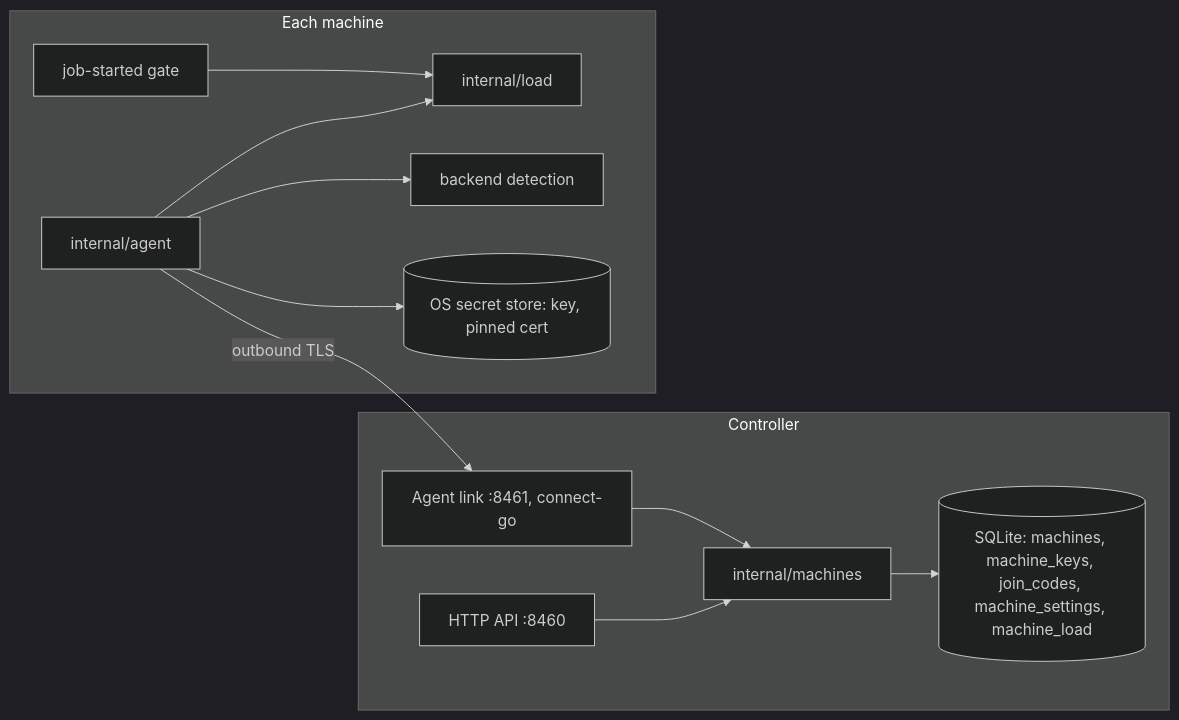
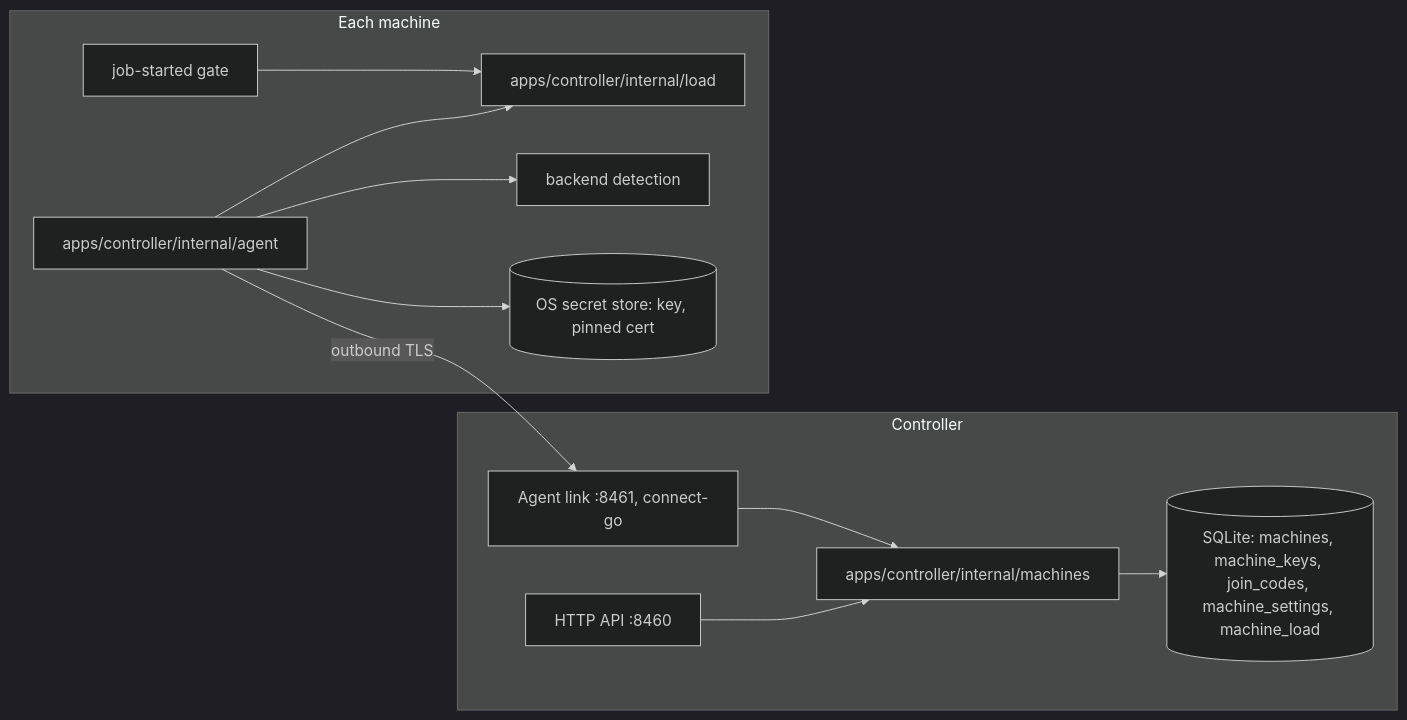
One commit to luis-mc/ci-runners-shared-pool changed the second of 3 diagrams in docs/features/machines/spec.md. Above: the diagram before and after it, drawn with Mermaid (dark theme). The commit also changed other lines of this file and 3388 other files, not shown here.

First line of the commit message:
CRSP306: move the Go server to apps/controller and the console to apps/controller-console (#484)

````diff
--- a/docs/features/machines/spec.md
+++ b/docs/features/machines/spec.md
@@ -390,15 +390,15 @@
 ```mermaid
 flowchart LR
   subgraph controller[Controller]
-    api[HTTP API :8460] --> svc[internal/machines]
+    api[HTTP API :8460] --> svc[apps/controller/internal/machines]
     link[Agent link :8461, connect-go] --> svc
     svc --> db[(SQLite: machines, machine_keys, join_codes, machine_settings, machine_load)]
   end
   subgraph machine[Each machine]
-    agent[internal/agent] --> load[internal/load]
+    agent[apps/controller/internal/agent] --> load[apps/controller/internal/load]
     agent --> detect[backend detection]
     agent --> secret[(OS secret store: key, pinned cert)]
     gate[job-started gate] --> load
   end
   agent -- outbound TLS --> link
 ```
````
